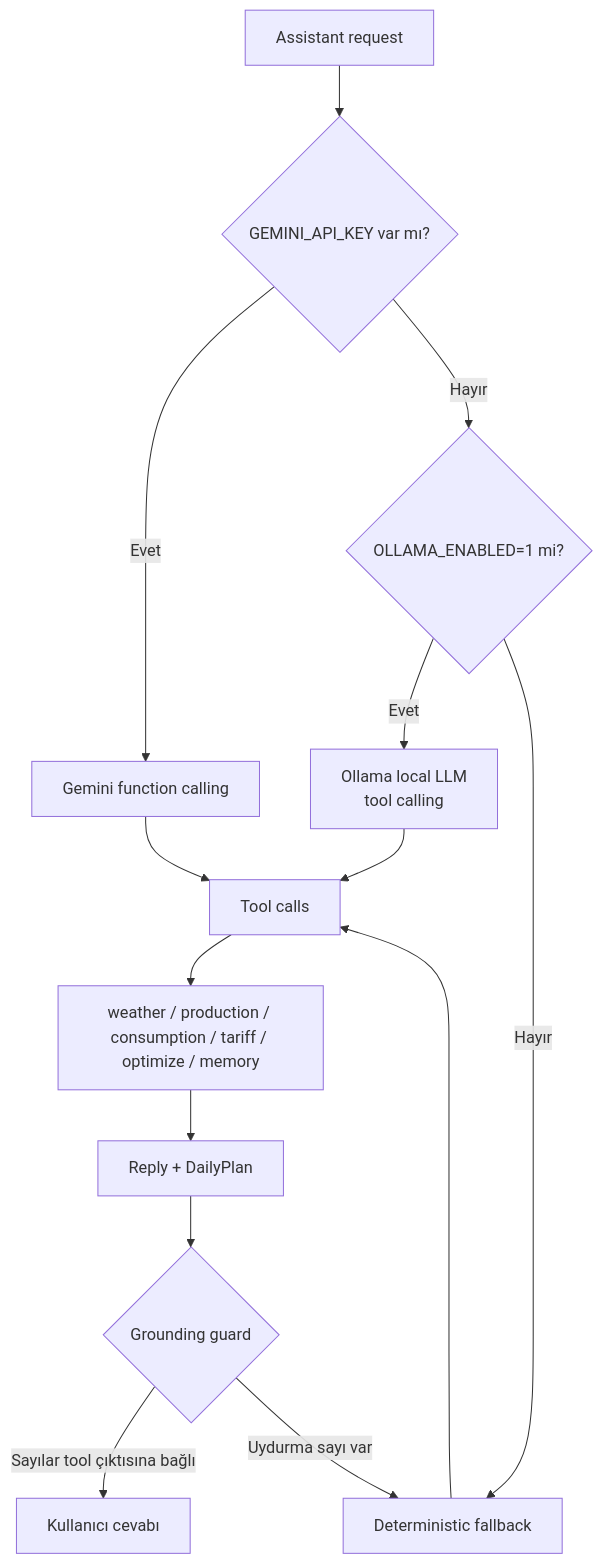
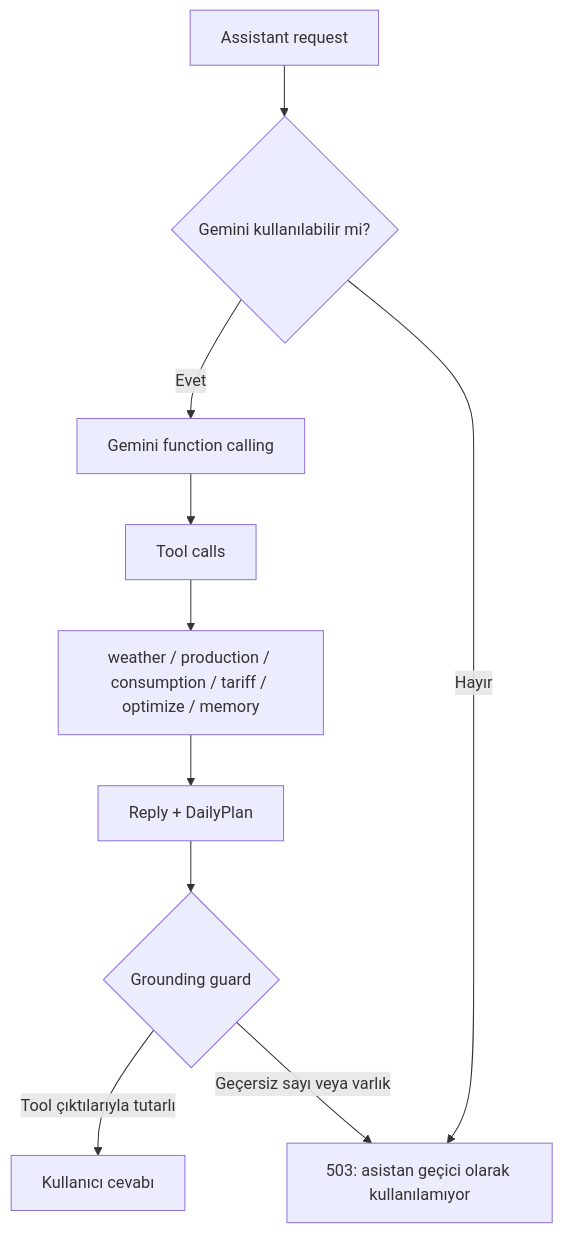
One commit to meltemozen/YZTA-Bootcamp-Team-62 changed the seventh of 8 diagrams in docs/SYSTEM_ARCHITECTURE.md. Above: the diagram before and after it, drawn with Mermaid. The commit also changed other lines of this file and 42 other files, not shown here.

````diff
--- a/docs/SYSTEM_ARCHITECTURE.md
+++ b/docs/SYSTEM_ARCHITECTURE.md
@@ -261,18 +261,12 @@
 ```mermaid
 flowchart TD
-    A["Assistant request"] --> B{"GEMINI_API_KEY var mı?"}
+    A["Assistant request"] --> B{"Gemini kullanılabilir mi?"}
     B -->|Evet| C["Gemini function calling"]
-    B -->|Hayır| D{"OLLAMA_ENABLED=1 mi?"}
-    D -->|Evet| E["Ollama local LLM<br/>tool calling"]
-    D -->|Hayır| F["Deterministic fallback"]
-
-    C --> G["Tool calls"]
-    E --> G
-    F --> G
-
-    G --> H["weather / production / consumption / tariff / optimize / memory"]
-    H --> I["Reply + DailyPlan"]
-    I --> J{"Grounding guard"}
-    J -->|Sayılar tool çıktısına bağlı| K["Kullanıcı cevabı"]
-    J -->|Uydurma sayı var| F
+    B -->|Hayır| D["503: asistan geçici olarak kullanılamıyor"]
+    C --> E["Tool calls"]
+    E --> F["weather / production / consumption / tariff / optimize / memory"]
+    F --> G["Reply + DailyPlan"]
+    G --> H{"Grounding guard"}
+    H -->|Tool çıktılarıyla tutarlı| I["Kullanıcı cevabı"]
+    H -->|Geçersiz sayı veya varlık| D
 ```
````
